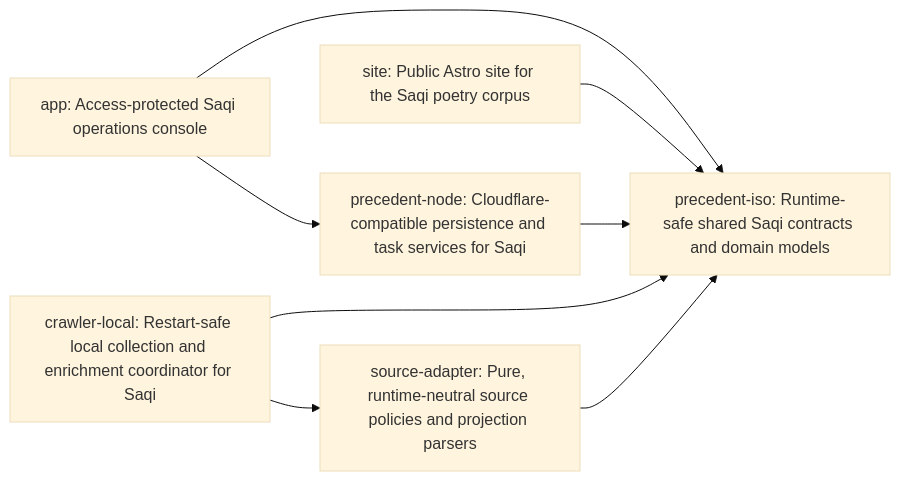
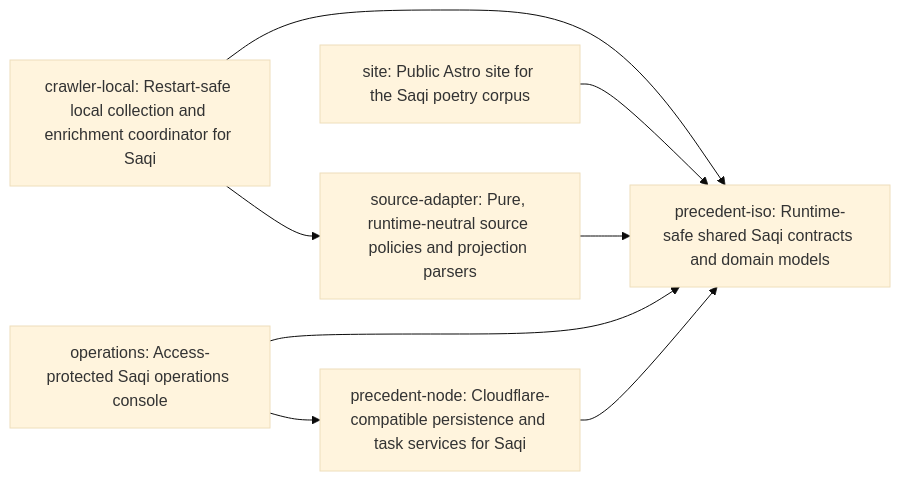
Before and after one commit to saqi-app/saqi: the diagram in typescript/packages/site/public/docs/diagrams/packages.mmd, drawn with Mermaid (base theme). The commit also changed 170 other files, not shown here.

```diff
--- a/typescript/packages/site/public/docs/diagrams/packages.mmd
+++ b/typescript/packages/site/public/docs/diagrams/packages.mmd
@@ -1,14 +1,14 @@
 flowchart LR
-  app["app: Access-protected Saqi operations console"]
   crawler_local["crawler-local: Restart-safe local collection and enrichment coordinator for Saqi"]
+  operations["operations: Access-protected Saqi operations console"]
   precedent_iso["precedent-iso: Runtime-safe shared Saqi contracts and domain models"]
   precedent_node["precedent-node: Cloudflare-compatible persistence and task services for Saqi"]
   site["site: Public Astro site for the Saqi poetry corpus"]
   source_adapter["source-adapter: Pure, runtime-neutral source policies and projection parsers"]
-  app --> precedent_iso
-  app --> precedent_node
   crawler_local --> precedent_iso
   crawler_local --> source_adapter
+  operations --> precedent_iso
+  operations --> precedent_node
   precedent_node --> precedent_iso
   site --> precedent_iso
   source_adapter --> precedent_iso
```
